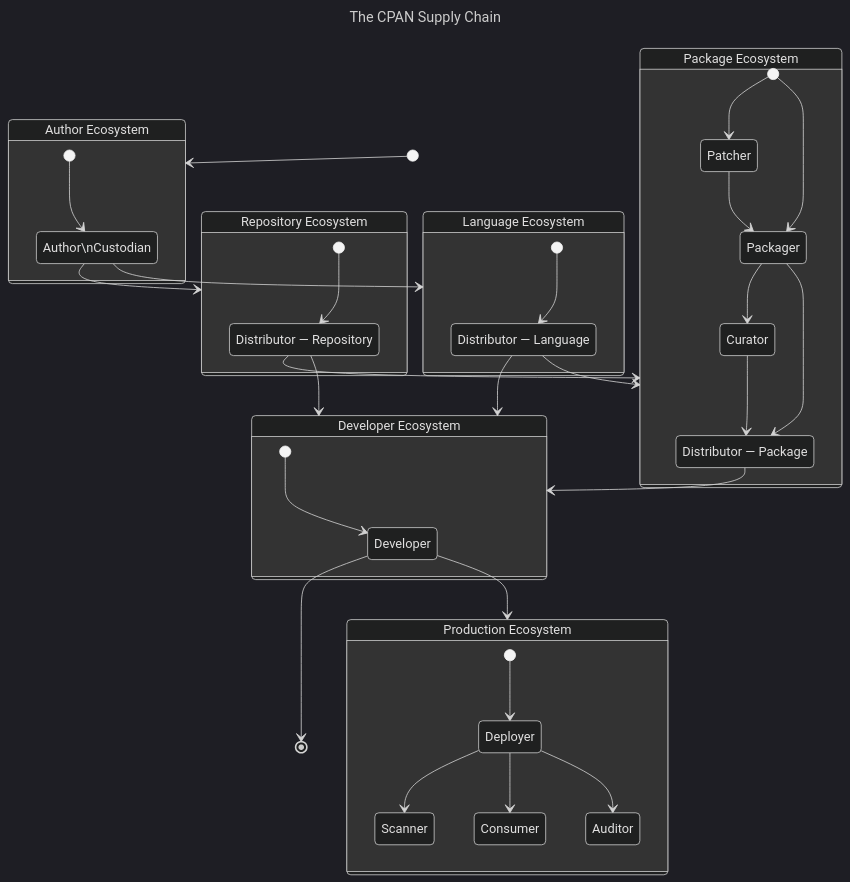
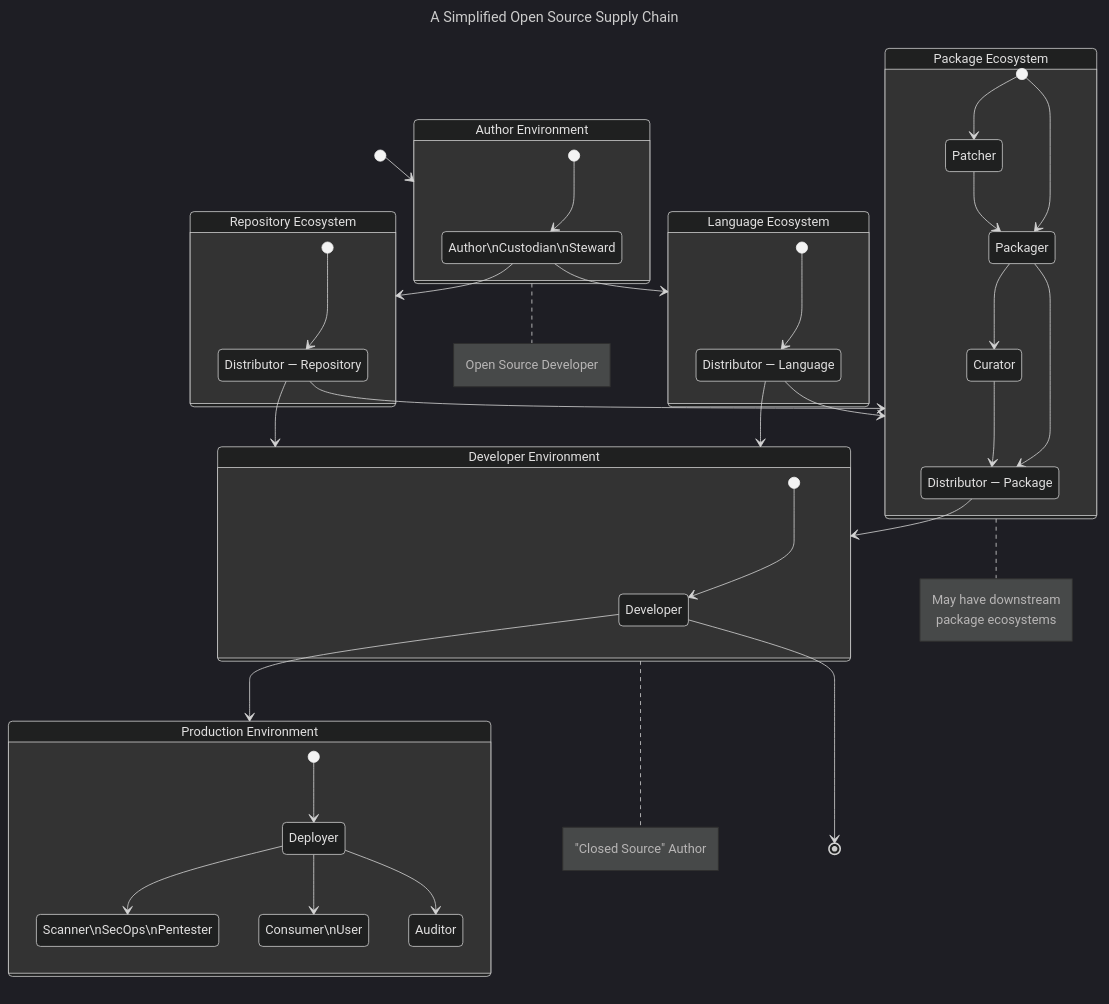
Before and after one commit to CPAN-Security/security.metacpan.org: the diagram in docs/CPAN-supplychain-state.md, drawn with Mermaid (dark theme). The commit also changed other lines of this file, not shown here.

````diff
--- a/docs/CPAN-supplychain-state.md
+++ b/docs/CPAN-supplychain-state.md
@@ -1,70 +1,83 @@
 ```mermaid
 ---
-title: The CPAN Supply Chain
+title: A Simplified Open Source Supply Chain
 ---
 stateDiagram-v2
-    state "Author\nCustodian" as author
+    state "Author\nCustodian\nSteward" as author
     state "Distributor — Repository" as distributor_repo 
     state "Distributor — Language" as distributor_lang 
     state "Distributor — Package" as distributor_package
     state "Patcher" as patcher
     state "Packager" as packager
     state "Curator" as curator
     state "Developer" as developer
     state "Deployer" as deployer
-    state "Scanner" as scanner
-    state "Consumer" as consumer
+    state "Scanner\nSecOps\nPentester" as scanner
+    state "Consumer\nUser" as consumer
     state "Auditor" as auditor
 
 	[*] --> ecosystem_author
 
-	state "Author Ecosystem" as ecosystem_author {
+	state "Author Environment" as ecosystem_author {
     	[*] --> author
     }
+
+	note right of ecosystem_author
+		Open Source Developer
+	end note
 
     author --> ecosystem_repo
     author --> ecosystem_lang
 
     state "Language Ecosystem" as ecosystem_lang {
     	[*] --> distributor_lang
     }
 
 	distributor_lang --> ecosystem_developer
 	distributor_lang --> ecosystem_package
 
 	state "Repository Ecosystem" as ecosystem_repo {
 		[*] --> distributor_repo
 	}
 
    	distributor_repo --> ecosystem_package
     distributor_repo --> ecosystem_developer
 
 	state "Package Ecosystem" as ecosystem_package {
 		[*] --> patcher
 		[*] --> packager
     	patcher --> packager
     	packager --> curator
     	packager --> distributor_package
     	curator --> distributor_package
 	}
 
+	note right of ecosystem_package
+		May have downstream
+		package ecosystems
+	end note
+
     distributor_package --> ecosystem_developer
 
-	state "Developer Ecosystem" as ecosystem_developer {
+	state "Developer Environment" as ecosystem_developer {
 		[*] --> developer
 	}
 
+	note right of ecosystem_developer
+		"Closed Source" Author
+	end note
+
     developer --> ecosystem_prod
 
-	state "Production Ecosystem" as ecosystem_prod {
+	state "Production Environment" as ecosystem_prod {
 		[*] --> deployer
     	deployer --> scanner
     	deployer --> consumer
     	deployer --> auditor
 
 	}
 
     developer --> [*]
 
 
 ```
````
